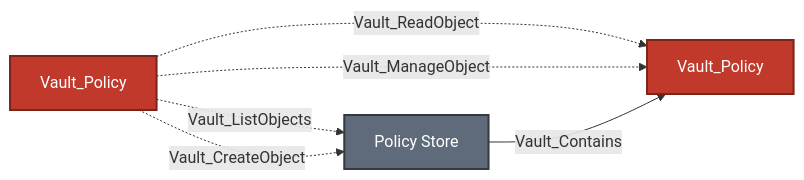
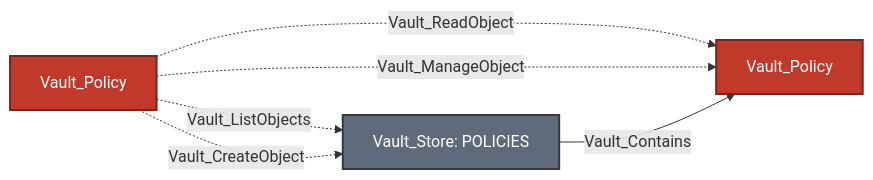
The third of 4 diagrams in Documentation/stores/POLICIES.md (bytewreck/opengraph-vault), drawn with Mermaid before and after one commit. The commit also changed other lines of this file, not shown here.

````diff
--- a/Documentation/stores/POLICIES.md
+++ b/Documentation/stores/POLICIES.md
@@ -111,11 +111,11 @@
 ```mermaid
 flowchart LR
-    authority[Vault_Policy]:::policyNode -.->|Vault_ListObjects| store[Policy Store]:::storeNode
+    authority[Vault_Policy]:::policyNode -.->|Vault_ListObjects| store[Vault_Store: POLICIES]:::storeNode
     authority -.->|Vault_CreateObject| store
     authority -.->|Vault_ReadObject| policy[Vault_Policy]:::policyNode
     authority -.->|Vault_ManageObject| policy
     store -->|Vault_Contains| policy
 
     classDef policyNode fill:#C0392B,color:#fff,stroke:#7B241C,stroke-width:2px
     classDef storeNode fill:#5F6B7A,color:#fff,stroke:#343A40,stroke-width:2px
 ```
````
